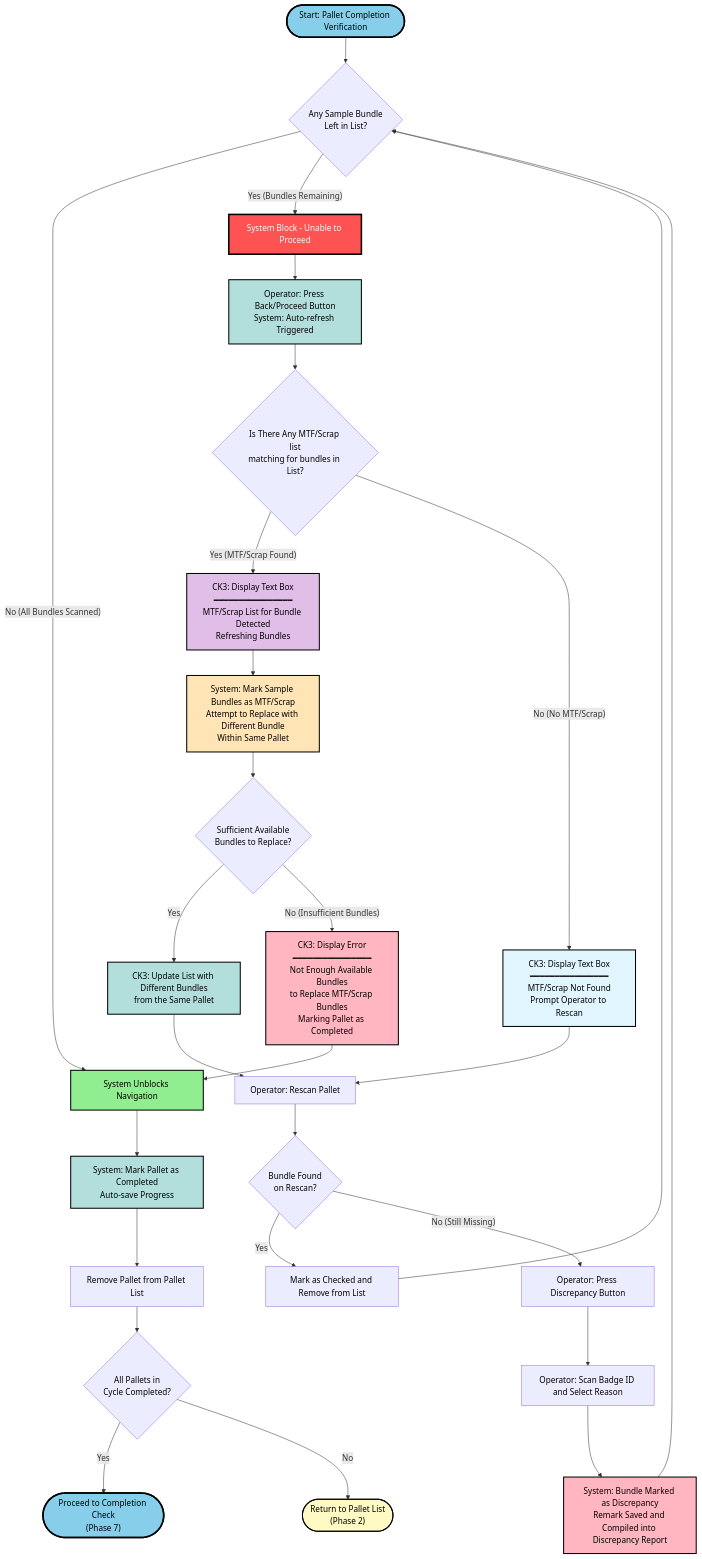
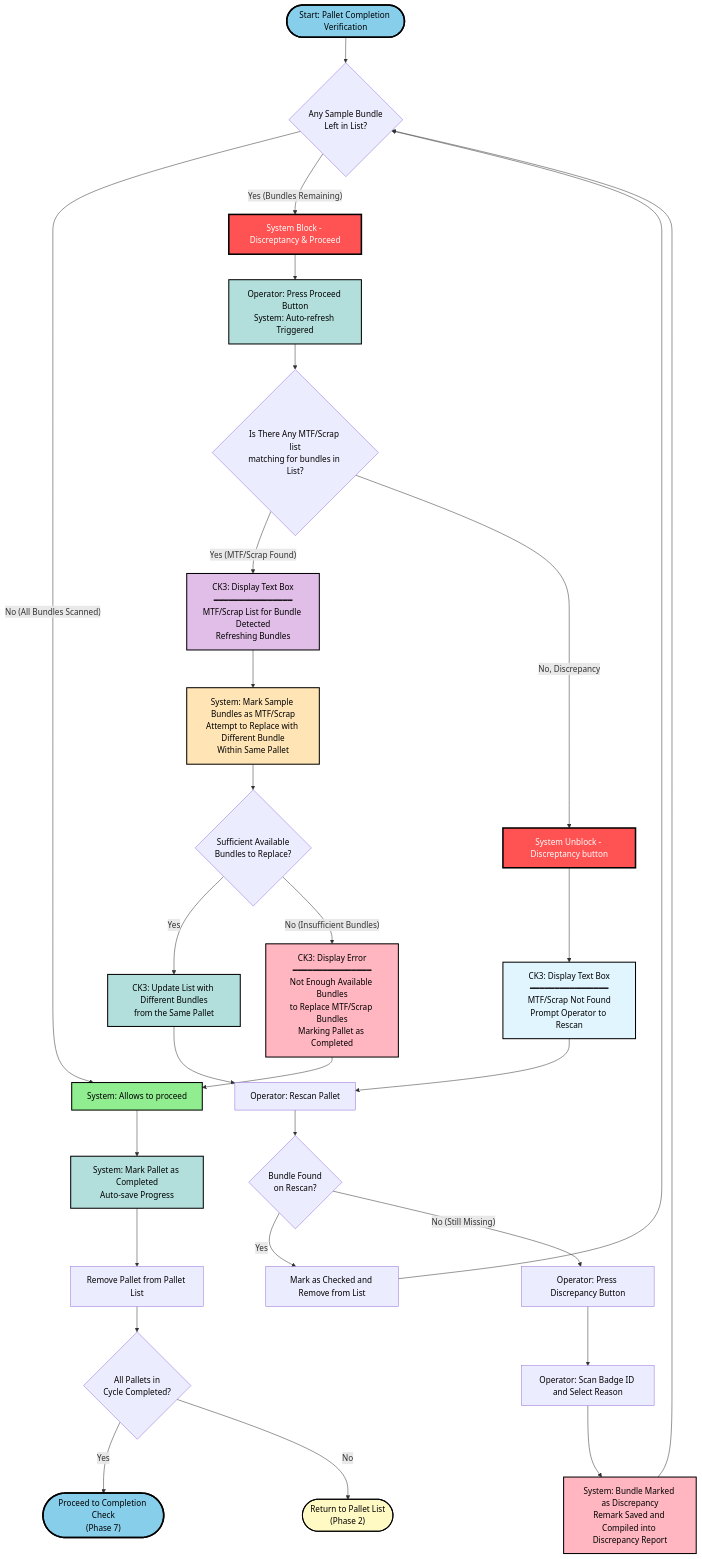
Before and after one commit to kohjs/RMC-Cycle-Count: the fifth of 8 diagrams in workflow.md, drawn with Mermaid. The commit also changed other lines of this file and 1 other file, not shown here.

````diff
--- a/workflow.md
+++ b/workflow.md
@@ -159,53 +159,60 @@
 ```mermaid
+---
+config:
+  layout: dagre
+---
 flowchart TD
     Start(["Start: Pallet Completion Verification"]) --> n1{"Any Sample Bundle<br>Left in List?"}
-    n1 -- "No (All Bundles Scanned)" --> n16["System Unblocks Navigation"]
-    n1 -- "Yes (Bundles Remaining)" --> n15["System Block - Unable to Proceed"]
-    n15 --> n2["Operator: Press Back/Proceed Button<br>System: Auto-refresh Triggered"]
+    n1 -- No (All Bundles Scanned) --> n16["System: Allows to proceed"]
+    n1 -- Yes (Bundles Remaining) --> n15["System Block - Discreptancy &amp; Proceed"]
+    n15 --> n2["Operator: Press Proceed Button<br>System: Auto-refresh Triggered"]
     n2 --> n3{"Is There Any MTF/Scrap list<br>matching for bundles in List?"}
-    n3 -- "Yes (MTF/Scrap Found)" --> n4["CK3: Display Text Box<br>━━━━━━━━━━━━━━━━<br>MTF/Scrap List for Bundle Detected<br>Refreshing Bundles"]
+    n3 -- Yes (MTF/Scrap Found) --> n4["CK3: Display Text Box<br>━━━━━━━━━━━━━━━━<br>MTF/Scrap List for Bundle Detected<br>Refreshing Bundles"]
     n4 --> n5["System: Mark Sample Bundles as MTF/Scrap<br>Attempt to Replace with Different Bundle<br>Within Same Pallet"]
     n5 --> n22{"Sufficient Available<br>Bundles to Replace?"}
-    n22 -- "Yes" --> n6["CK3: Update List with Different Bundles<br>from the Same Pallet"]
+    n22 -- Yes --> n6["CK3: Update List with Different Bundles<br>from the Same Pallet"]
     n6 --> n9["Operator: Rescan Pallet"]
-    n22 -- "No (Insufficient Bundles)" --> n23["CK3: Display Error<br>━━━━━━━━━━━━━━━━<br>Not Enough Available Bundles<br>to Replace MTF/Scrap Bundles<br>Marking Pallet as Completed"]
+    n22 -- No (Insufficient Bundles) --> n23["CK3: Display Error<br>━━━━━━━━━━━━━━━━<br>Not Enough Available Bundles<br>to Replace MTF/Scrap Bundles<br>Marking Pallet as Completed"]
     n23 --> n16
-    n3 -- "No (No MTF/Scrap)" --> n8["CK3: Display Text Box<br>━━━━━━━━━━━━━━━━<br>MTF/Scrap Not Found<br>Prompt Operator to Rescan"]
-    n8 --> n9
+    n8["CK3: Display Text Box<br>━━━━━━━━━━━━━━━━<br>MTF/Scrap Not Found<br>Prompt Operator to Rescan"] --> n9
     n9 --> n10{"Bundle Found<br>on Rescan?"}
-    n10 -- "Yes" --> n12["Mark as Checked and Remove from List"]
+    n10 -- Yes --> n12["Mark as Checked and Remove from List"]
     n12 --> n1
-    n10 -- "No (Still Missing)" --> n11["Operator: Press Discrepancy Button"]
+    n10 -- No (Still Missing) --> n11["Operator: Press Discrepancy Button"]
     n11 --> n13["Operator: Scan Badge ID and Select Reason"]
     n13 --> n14["System: Bundle Marked as Discrepancy<br>Remark Saved and Compiled into Discrepancy Report"]
     n14 --> n1
     n16 --> n17["System: Mark Pallet as Completed<br>Auto-save Progress"]
     n17 --> n21["Remove Pallet from Pallet List"]
     n21 --> n18{"All Pallets in<br>Cycle Completed?"}
-    n18 -- "Yes" --> n19(["Proceed to Completion Check<br>(Phase 7)"])
-    n18 -- "No" --> n20(["Return to Pallet List<br>(Phase 2)"])
-
+    n18 -- Yes --> n19(["Proceed to Completion Check<br>(Phase 7)"])
+    n18 -- No --> n20(["Return to Pallet List<br>(Phase 2)"])
+    n3 -- No, Discrepancy --> n24["System Unblock - Discreptancy button"]
+    n24 --> n8
+    n24@{ shape: rect}
     style Start fill:#87CEEB,stroke:#000,stroke-width:3px,color:#000
     style n1 color:#000
     style n16 fill:#90EE90,stroke:#000,stroke-width:2px,color:#000
     style n15 fill:#FF5252,stroke:#000,stroke-width:3px,color:#FFF
     style n2 fill:#B2DFDB,stroke:#000,stroke-width:2px,color:#000
     style n3 color:#000
     style n4 fill:#E1BEE7,stroke:#000,stroke-width:2px,color:#000
     style n5 fill:#FFE4B5,stroke:#000,stroke-width:2px,color:#000
     style n22 color:#000
     style n6 fill:#B2DFDB,stroke:#000,stroke-width:2px,color:#000
+    style n9 color:#000
     style n23 fill:#FFB6C1,stroke:#000,stroke-width:2px,color:#000
-    style n9 color:#000
     style n8 fill:#E1F5FE,stroke:#000,stroke-width:2px,color:#000
     style n10 color:#000
     style n12 color:#000
     style n11 color:#000
     style n13 color:#000
     style n14 fill:#FFB6C1,stroke:#000,stroke-width:2px,color:#000
     style n17 fill:#B2DFDB,stroke:#000,stroke-width:2px,color:#000
     style n21 color:#000
     style n18 color:#000
     style n19 fill:#87CEEB,stroke:#000,stroke-width:3px,color:#000
     style n20 fill:#FFF9C4,stroke:#000,stroke-width:2px,color:#000
+    style n24 fill:#FF5252,stroke:#000,stroke-width:3px,color:#FFF
+
 ```
````
